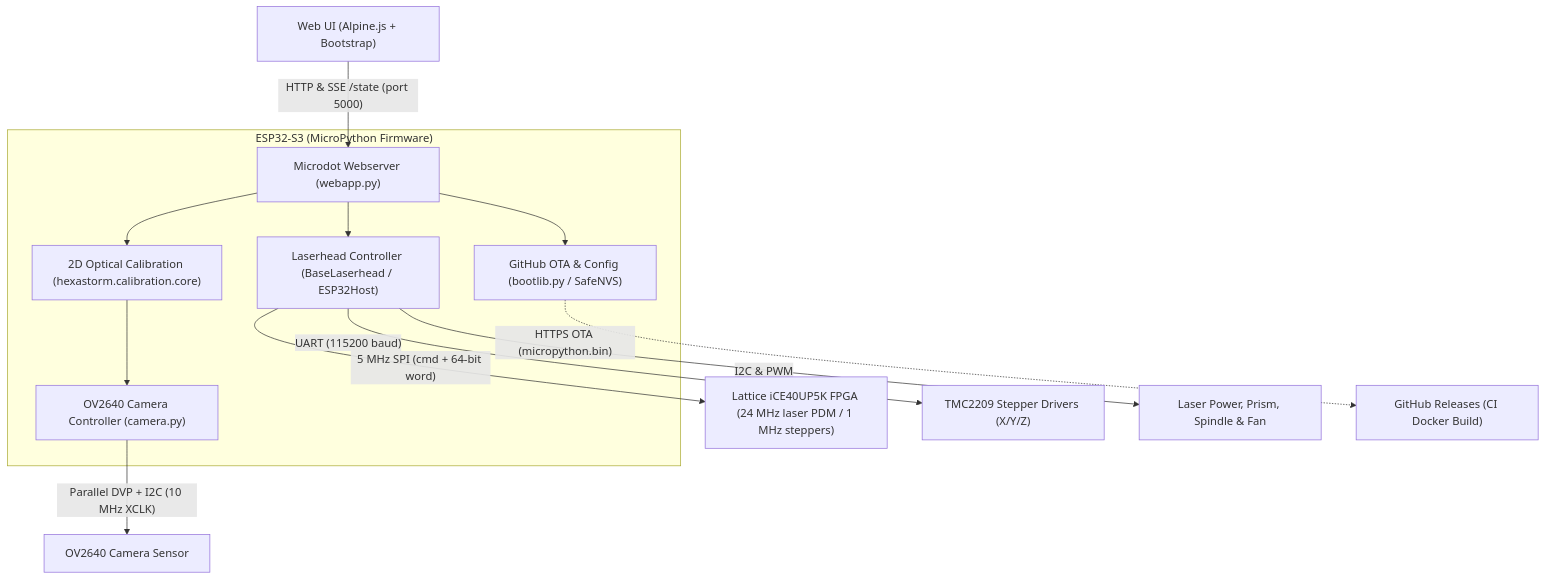
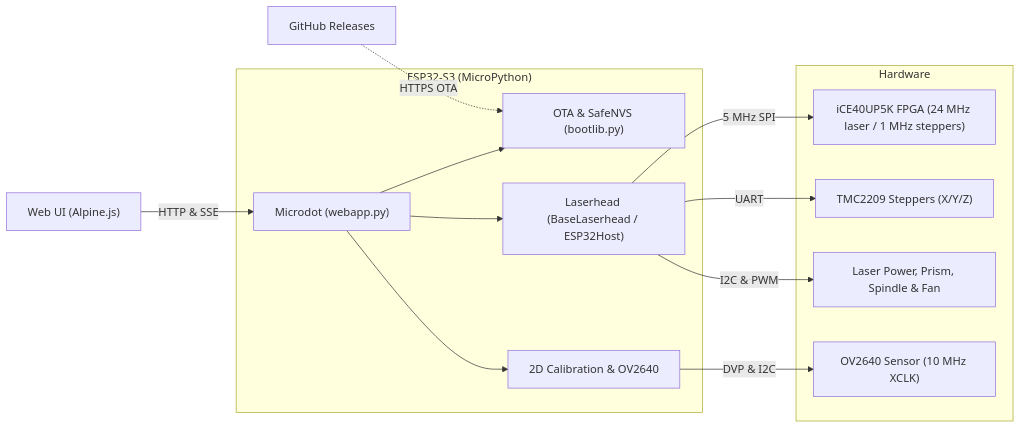
Before and after one commit to hstarmans/esp32_hexastorm: the diagram in README.md, drawn with Mermaid. The commit also changed other lines of this file and 3 other files, not shown here.

Commit message:
fix: set and export MICROPY_MPYCROSS environment variable for firmware build

````diff
--- a/README.md
+++ b/README.md
@@ -11,17 +11,23 @@
 ```mermaid
-flowchart TD
-    UI["Web UI (Alpine.js + Bootstrap)"] -->|"HTTP & SSE /state (port 5000)"| WEB["Microdot Webserver (webapp.py)"]
+flowchart LR
+    UI["Web UI (Alpine.js)"] -->|"HTTP & SSE"| WEB["Microdot (webapp.py)"]
+    GH["GitHub Releases"] -.->|"HTTPS OTA"| OTA
 
-    subgraph ESP32["ESP32-S3 (MicroPython Firmware)"]
-        WEB --> LH["Laserhead Controller (BaseLaserhead / ESP32Host)"]
-        WEB --> CAL["2D Optical Calibration (hexastorm.calibration.core)"]
-        WEB --> OTA["GitHub OTA & Config (bootlib.py / SafeNVS)"]
-        CAL --> CAM_CTRL["OV2640 Camera Controller (camera.py)"]
+    subgraph ESP32["ESP32-S3 (MicroPython)"]
+        WEB --> LH["Laserhead (BaseLaserhead / ESP32Host)"]
+        WEB --> CAL["2D Calibration & OV2640"]
+        WEB --> OTA["OTA & SafeNVS (bootlib.py)"]
     end
 
-    LH -->|"5 MHz SPI (cmd + 64-bit word)"| FPGA["Lattice iCE40UP5K FPGA (24 MHz laser PDM / 1 MHz steppers)"]
-    LH -->|"UART (115200 baud)"| TMC["TMC2209 Stepper Drivers (X/Y/Z)"]
-    LH -->|"I2C & PWM"| PERIPH["Laser Power, Prism, Spindle & Fan"]
-    CAM_CTRL -->|"Parallel DVP + I2C (10 MHz XCLK)"| OV["OV2640 Camera Sensor"]
-    OTA -.->|"HTTPS OTA (micropython.bin)"| GH["GitHub Releases (CI Docker Build)"]
+    subgraph HW["Hardware"]
+        FPGA["iCE40UP5K FPGA (24 MHz laser / 1 MHz steppers)"]
+        TMC["TMC2209 Steppers (X/Y/Z)"]
+        PERIPH["Laser Power, Prism, Spindle & Fan"]
+        OV["OV2640 Sensor (10 MHz XCLK)"]
+    end
+
+    LH -->|"5 MHz SPI"| FPGA
+    LH -->|"UART"| TMC
+    LH -->|"I2C & PWM"| PERIPH
+    CAL -->|"DVP & I2C"| OV
 ```
````
